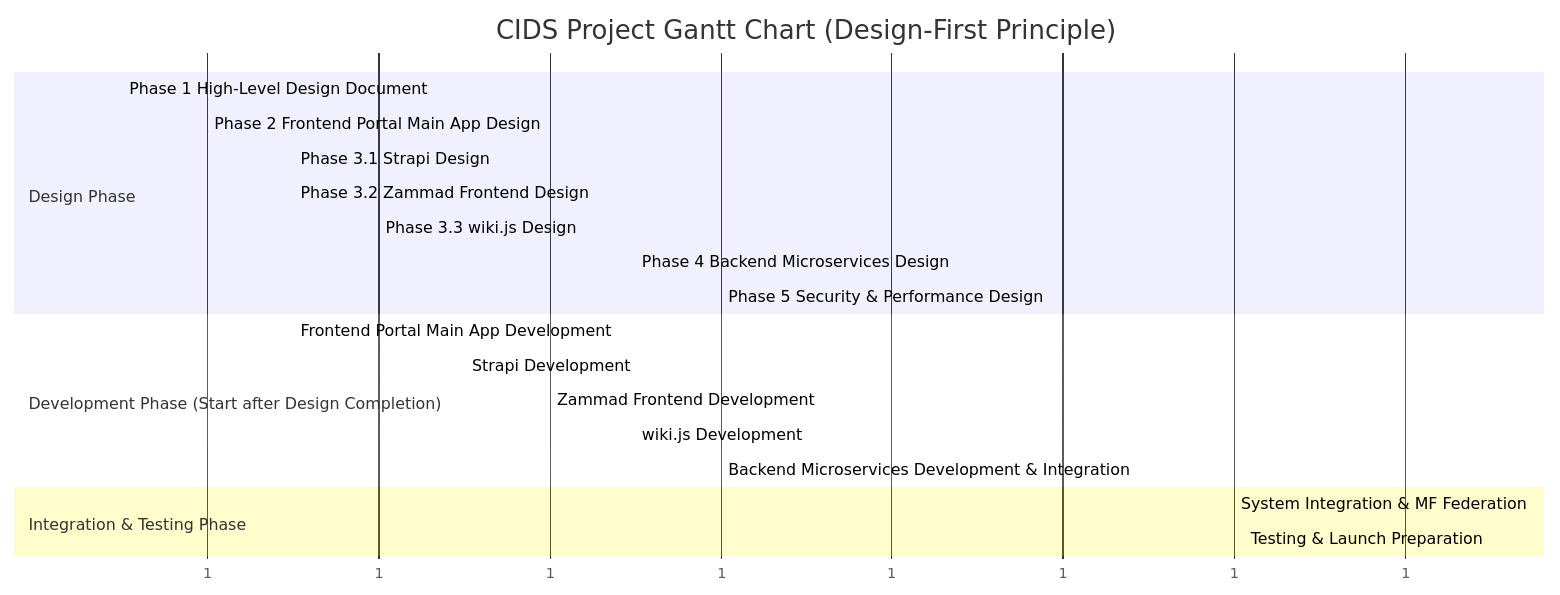
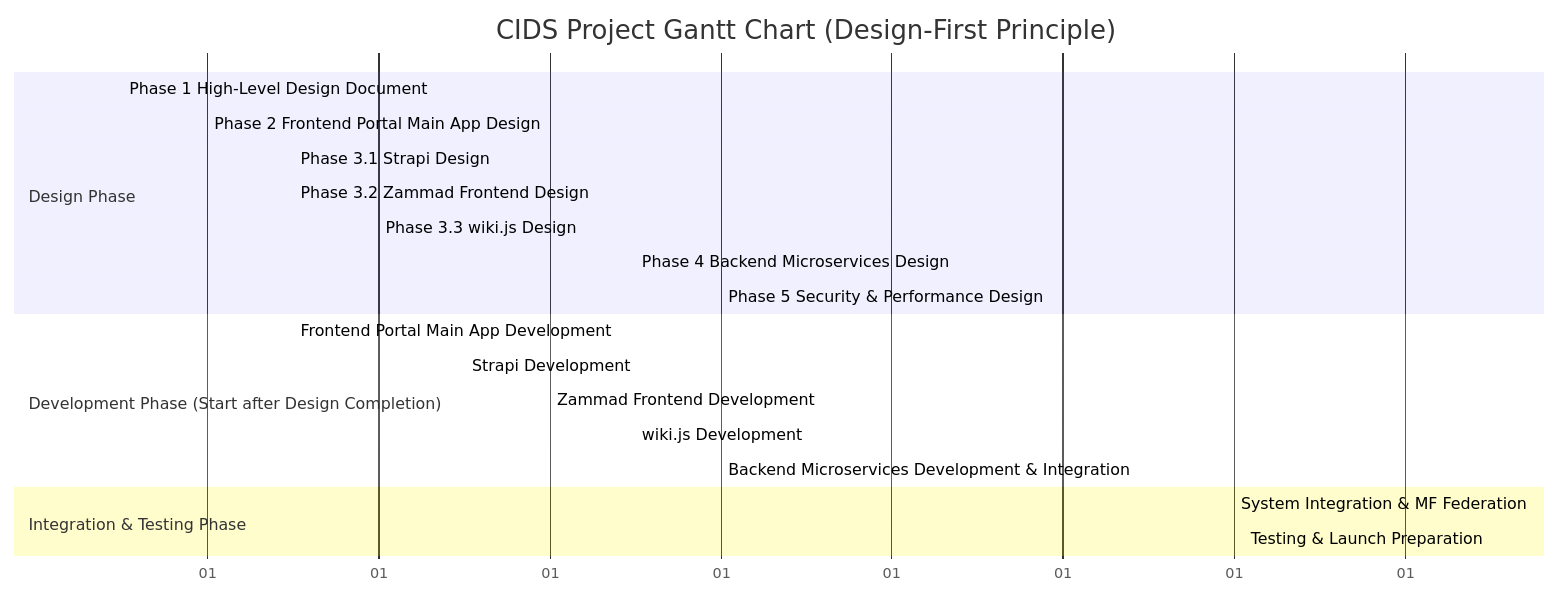
Before and after one commit to duofangxiangcai/iodraw-files: the diagram in all/未命名.md, drawn with Mermaid.

Commit message:
2025-12-09 17:20:22 update

````diff
--- a/all/未命名.md
+++ b/all/未命名.md
@@ -1,28 +1,28 @@
 ```mermaid
 gantt
     title CIDS Project Gantt Chart (Design-First Principle)
     dateFormat  X
-    axisFormat %1
+    axisFormat %d
     tickInterval 1
 
     section Design Phase
         Phase 1 High-Level Design Document       :done,    des1, 1, 1       % Week1 (1 week)
         Phase 2 Frontend Portal Main App Design :done,    des2, 2, 2       % Week2 (1 week)
         Phase 3.1 Strapi Design                 :active,  des31, 3, 4     % Week3-4 (2 weeks)
         Phase 3.2 Zammad Frontend Design        :         des32, 3, 5     % Week3-5 (3 weeks)
         Phase 3.3 wiki.js Design                :         des33, 4, 6     % Week4-6 (3 weeks)
         Phase 4 Backend Microservices Design    :         des4, 7, 7     % Week7 (1 week)
         Phase 5 Security & Performance Design   :         des5, 8, 8     % Week8 (1 week)
 
     section Development Phase (Start after Design Completion)
         Frontend Portal Main App Development     :         dev1, 3, 7     % Starts after Phase2 design → Week3-7 (5 weeks)
         Strapi Development                        :         dev2, 5, 9     % Starts after Phase3.1 design → Week5-9 (5 weeks)
         Zammad Frontend Development               :         dev3, 6, 10    % Starts after Phase3.2 design → Week6-10 (5 weeks)
         wiki.js Development                        :         dev4, 7, 11    % Starts after Phase3.3 design → Week7-11 (5 weeks)
         Backend Microservices Development & Integration : dev5, 8, 13 % Starts after Phase4 design → Week8-13 (6 weeks)
 
     section Integration & Testing Phase
         System Integration & MF Federation       :         int1, 14, 16    % Week14-16 (3 weeks)
         Testing & Launch Preparation             :         test1, 17, 17   % Week17 (1 week)
 
 ```
````
